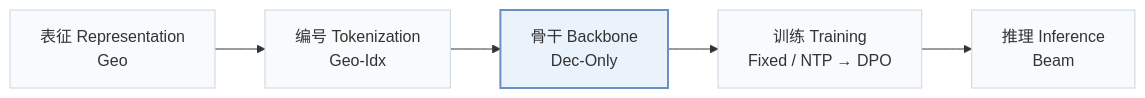
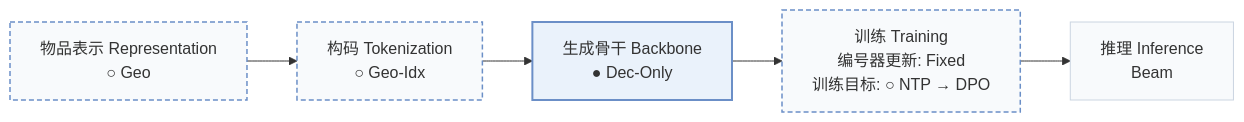
The first of 2 diagrams in pages/zh/papers/spacetime-gr.md (Galaxy-ghost/Awesome-SID-Generative-Rec), drawn with Mermaid before and after one commit. The commit also changed other lines of this file and 558 other files, not shown here.

````diff
--- a/pages/zh/papers/spacetime-gr.md
+++ b/pages/zh/papers/spacetime-gr.md
@@ -15,8 +18,10 @@
 ```mermaid
 flowchart LR
-    R["表征 Representation<br/>Geo"] --> T["编号 Tokenization<br/>Geo-Idx"] --> B["骨干 Backbone<br/>Dec-Only"] --> TR["训练 Training<br/>Fixed / NTP → DPO"] --> I["推理 Inference<br/>Beam"]
+    R["物品表示 Representation<br/>○ Geo"] --> T["构码 Tokenization<br/>○ Geo-Idx"] --> B["生成骨干 Backbone<br/>● Dec-Only"] --> TR["训练 Training<br/>编号器更新: Fixed<br/>训练目标: ○ NTP → DPO"] --> I["推理 Inference<br/>Beam"]
     classDef base fill:#f8fafc,stroke:#cbd5e1
     class R,T,B,TR,I base
+    classDef other fill:#f8fafc,stroke:#6b8fc7,stroke-width:1.5px,stroke-dasharray:5 3
+    class R,T,TR other
     classDef main fill:#eaf2fb,stroke:#6b8fc7,stroke-width:2px
     class B main
 ```
````
